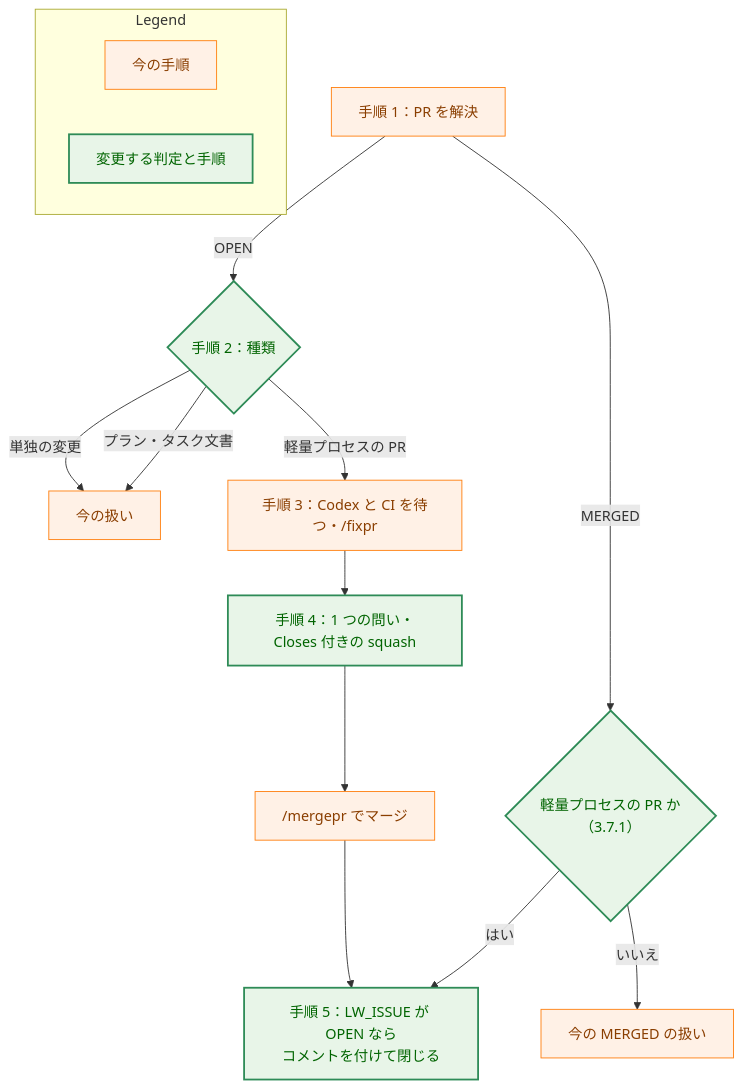
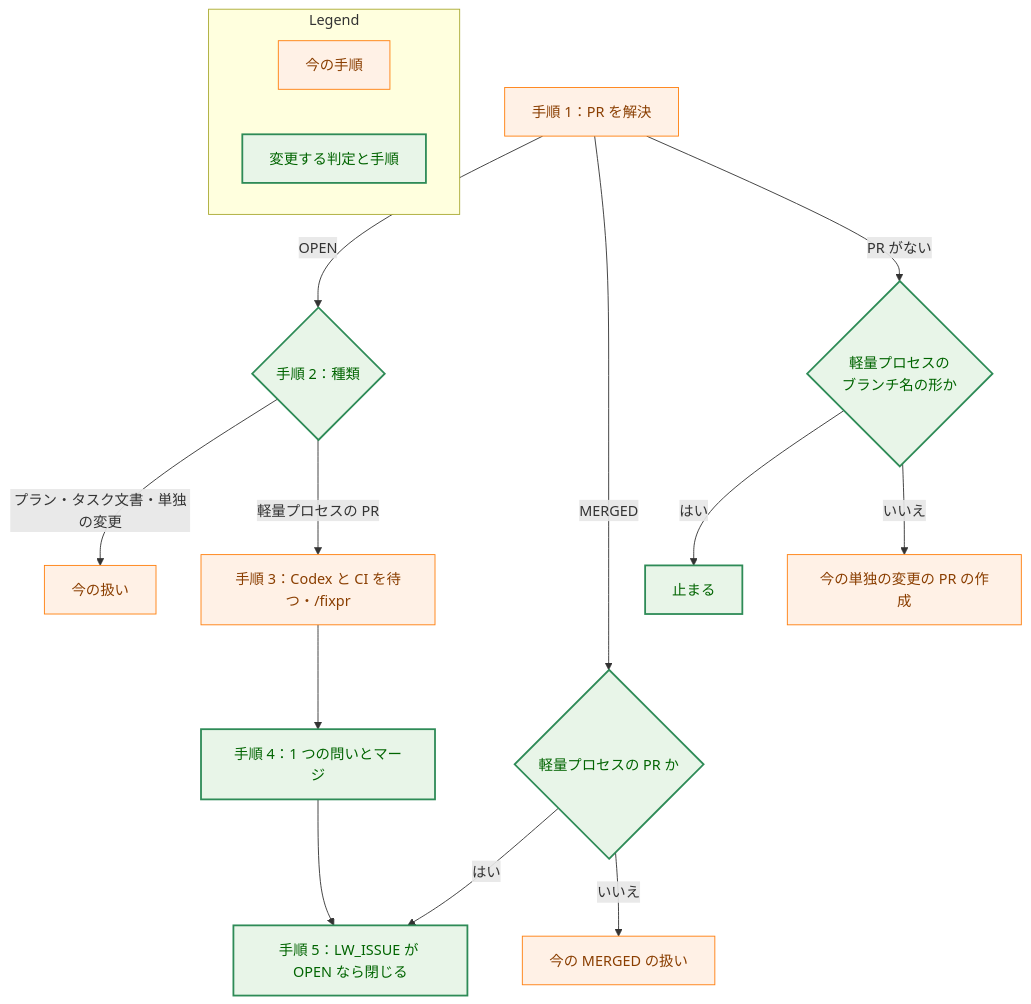
The eighth of 8 diagrams in docs/tasks/0061_lightweight_process/02_architecture.md (isseis/yt2column), drawn with Mermaid before and after one commit. The commit also changed other lines of this file, not shown here.

First line of the commit message:
docs(0061): address design review findings for the lightweight process

````diff
--- a/docs/tasks/0061_lightweight_process/02_architecture.md
+++ b/docs/tasks/0061_lightweight_process/02_architecture.md
@@ -906,26 +1056,27 @@
 ```mermaid
 flowchart TD
     classDef process fill:#fff1e6,stroke:#ff7f0e,stroke-width:1px,color:#8a3e00;
     classDef enhanced fill:#e8f5e8,stroke:#2e8b57,stroke-width:2px,color:#006400;
 
     R["手順 1：PR を解決"] -->|"OPEN"| K{"手順 2：種類"}
-    R -->|"MERGED"| KM{"軽量プロセスの PR か<br>（3.7.1）"}
+    R -->|"MERGED"| KM{"軽量プロセスの PR か"}
+    R -->|"PR がない"| B{"軽量プロセスの<br>ブランチ名の形か"}
+    B -->|"はい"| BS["止まる"]
+    B -->|"いいえ"| SC["今の単独の変更の PR の作成"]
     KM -->|"はい"| CL
     KM -->|"いいえ"| OLD["今の MERGED の扱い"]
-    K -->|"プラン・タスク文書"| OLD2["今の扱い"]
+    K -->|"プラン・タスク文書・単独の変更"| OLD2["今の扱い"]
     K -->|"軽量プロセスの PR"| W["手順 3：Codex と CI を待つ・/fixpr"]
-    K -->|"単独の変更"| OLD2
-    W --> Q["手順 4：1 つの問い・Closes 付きの squash"]
-    Q --> M["/mergepr でマージ"]
-    M --> CL["手順 5：LW_ISSUE が OPEN なら<br>コメントを付けて閉じる"]
+    W --> Q["手順 4：1 つの問いとマージ"]
+    Q --> CL["手順 5：LW_ISSUE が OPEN なら閉じる"]
 
-    class R,W,M,OLD,OLD2 process
-    class K,KM,Q,CL enhanced
+    class R,W,SC,OLD,OLD2 process
+    class K,KM,B,BS,Q,CL enhanced
 
     subgraph Legend["Legend"]
         L1["今の手順"]
         L2["変更する判定と手順"]
     end
     class L1 process
     class L2 enhanced
 ```
````
